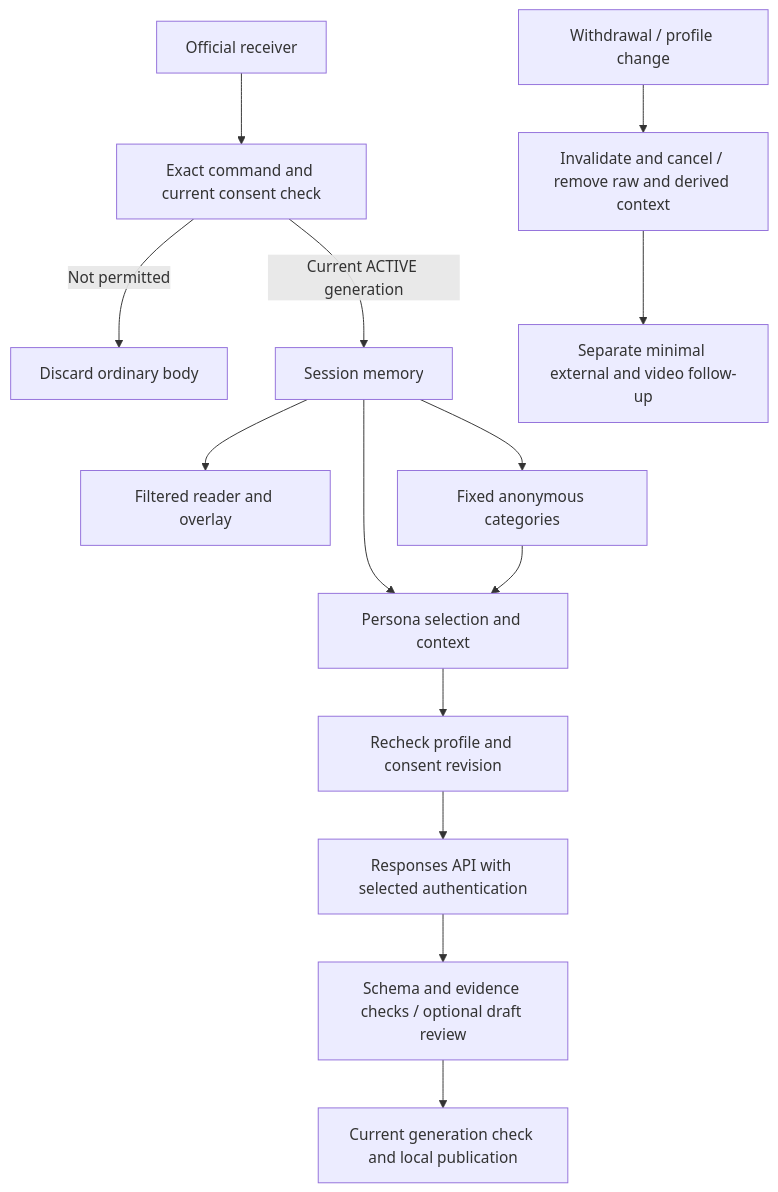
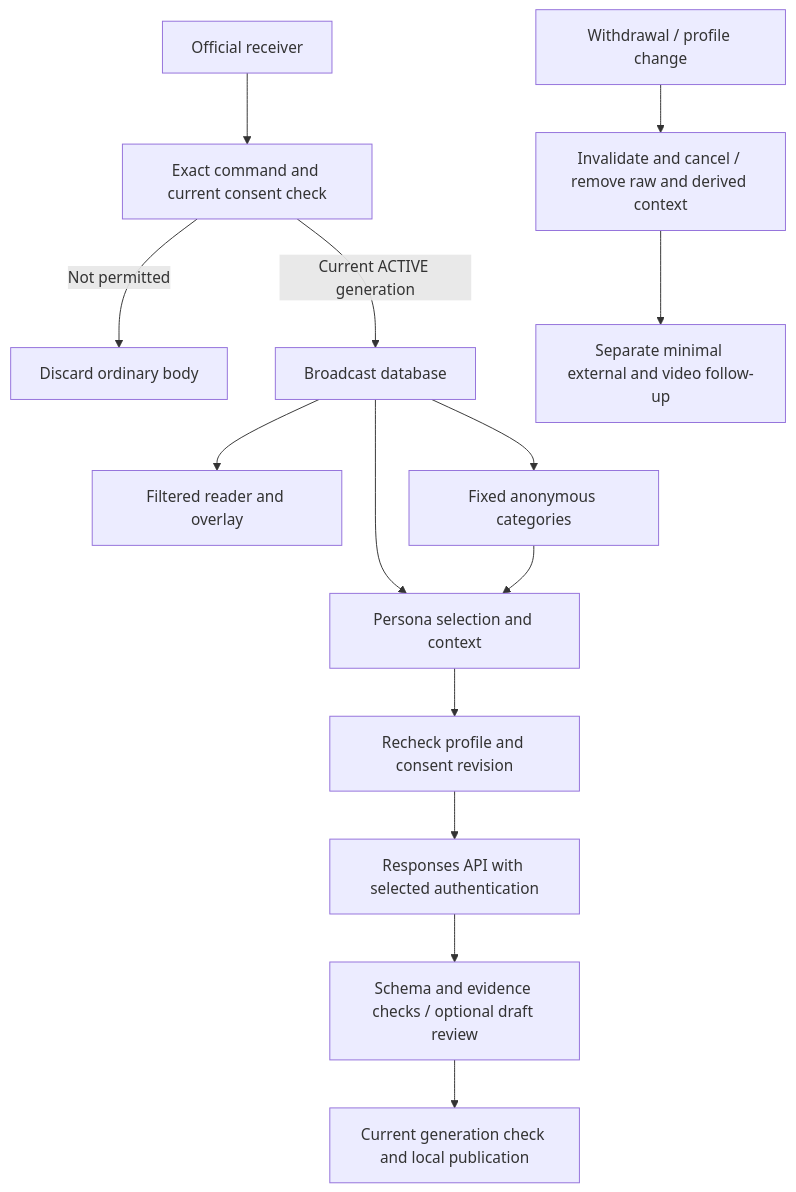
Before and after one commit to lllllrad/ai-fake-viewer: the diagram in docs/development/ai-pipeline.md, drawn with Mermaid. The commit also changed other lines of this file and 11 other files, not shown here.

````diff
--- a/docs/development/ai-pipeline.md
+++ b/docs/development/ai-pipeline.md
@@ -21,16 +28,16 @@
 ```mermaid
 flowchart TD
   A[Official receiver] --> B[Exact command and current consent check]
   B -->|Not permitted| C[Discard ordinary body]
-  B -->|Current ACTIVE generation| D[Session memory]
+  B -->|Current ACTIVE generation| D[Broadcast database]
   D --> E[Filtered reader and overlay]
   D --> F[Fixed anonymous categories]
   D --> G[Persona selection and context]
   F --> G
   G --> H[Recheck profile and consent revision]
   H --> I[Responses API with selected authentication]
   I --> J[Schema and evidence checks / optional draft review]
   J --> K[Current generation check and local publication]
   W[Withdrawal / profile change] --> L[Invalidate and cancel / remove raw and derived context]
   L --> R[Separate minimal external and video follow-up]
 ```
````
